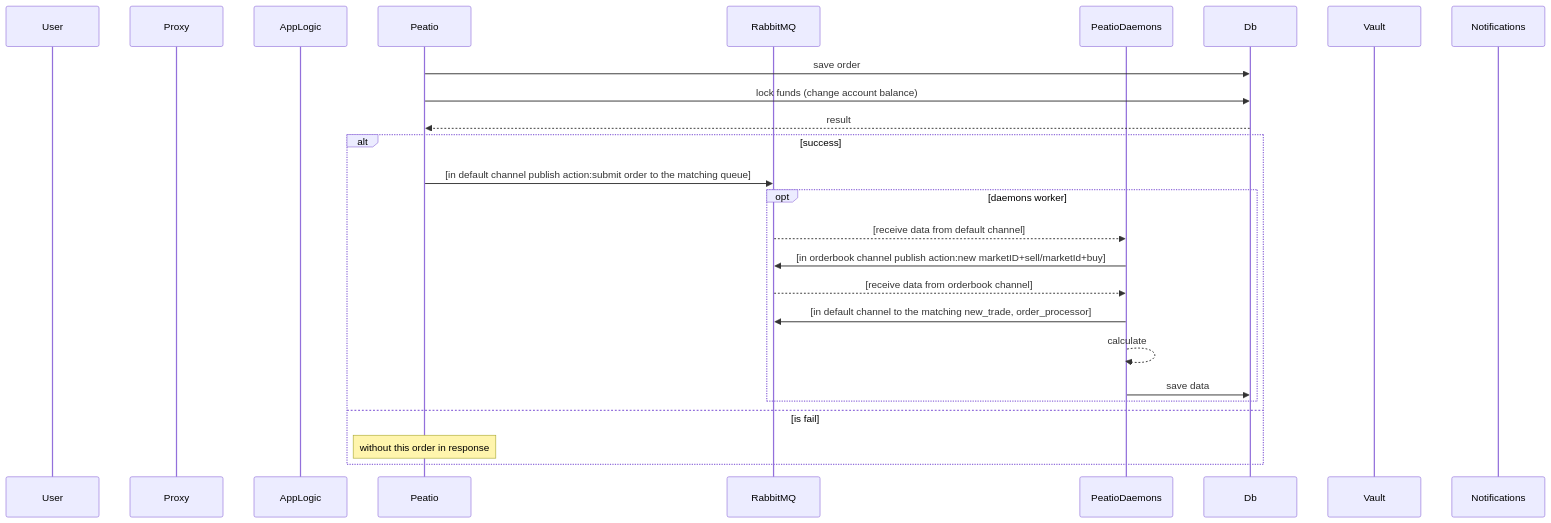
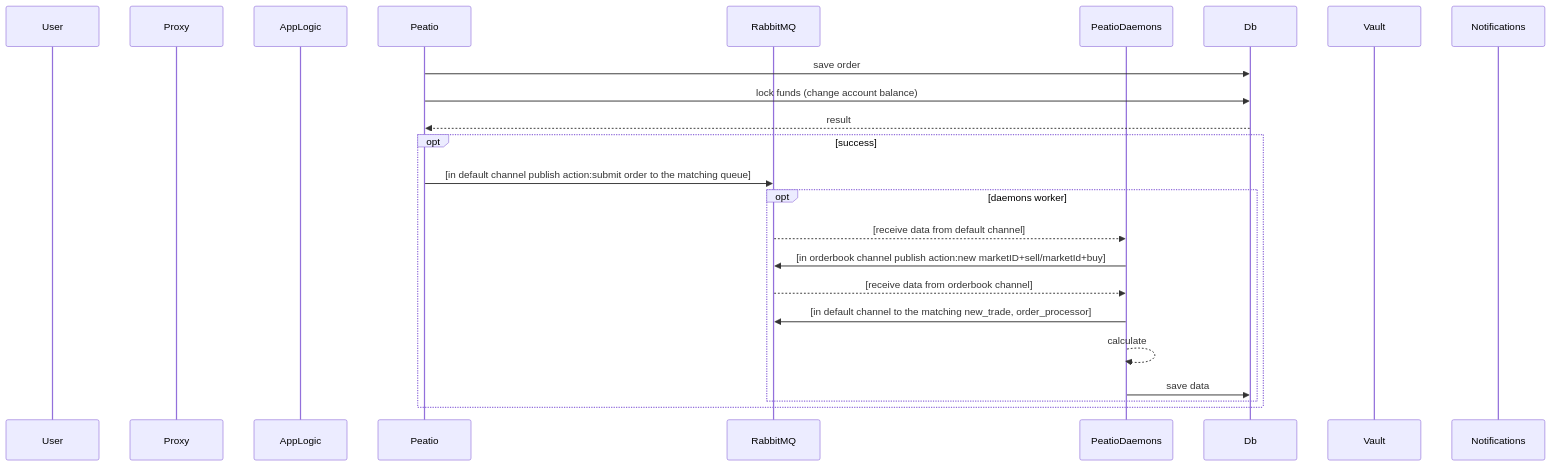
One commit to sergii-savchenko/rkcp_arch changed the fifth of 31 diagrams in README.md. Above: the diagram before and after it, drawn with Mermaid. The commit also changed other lines of this file and 2 other files, not shown here.

Commit message:
some beaty

````diff
--- a/README.md
+++ b/README.md
@@ -202,29 +202,27 @@
 ```mermaid
 sequenceDiagram
     participant User
     participant Proxy
     participant AppLogic
     participant Peatio
     participant RabbitMQ
     participant PeatioDaemons
     participant Db
     participant Vault
     participant Notifications
 
     Peatio->>Db: save order
     Peatio->>Db: lock funds (change account balance)
     Db-->>Peatio: result
-    alt success
+    opt success
         Peatio->>RabbitMQ: [in default channel publish action:submit order to the matching queue]
         opt daemons worker
             RabbitMQ-->>PeatioDaemons: [receive data from default channel]
             PeatioDaemons->>RabbitMQ: [in orderbook channel publish action:new marketID+sell/marketId+buy]
             RabbitMQ-->>PeatioDaemons: [receive data from orderbook channel]
             PeatioDaemons->>RabbitMQ: [in default channel to the matching new_trade, order_processor]
             PeatioDaemons-->>PeatioDaemons: calculate
             PeatioDaemons->>Db: save data
         end
-    else is fail
-        Note over Peatio: without this order in response
     end
 ```
````
